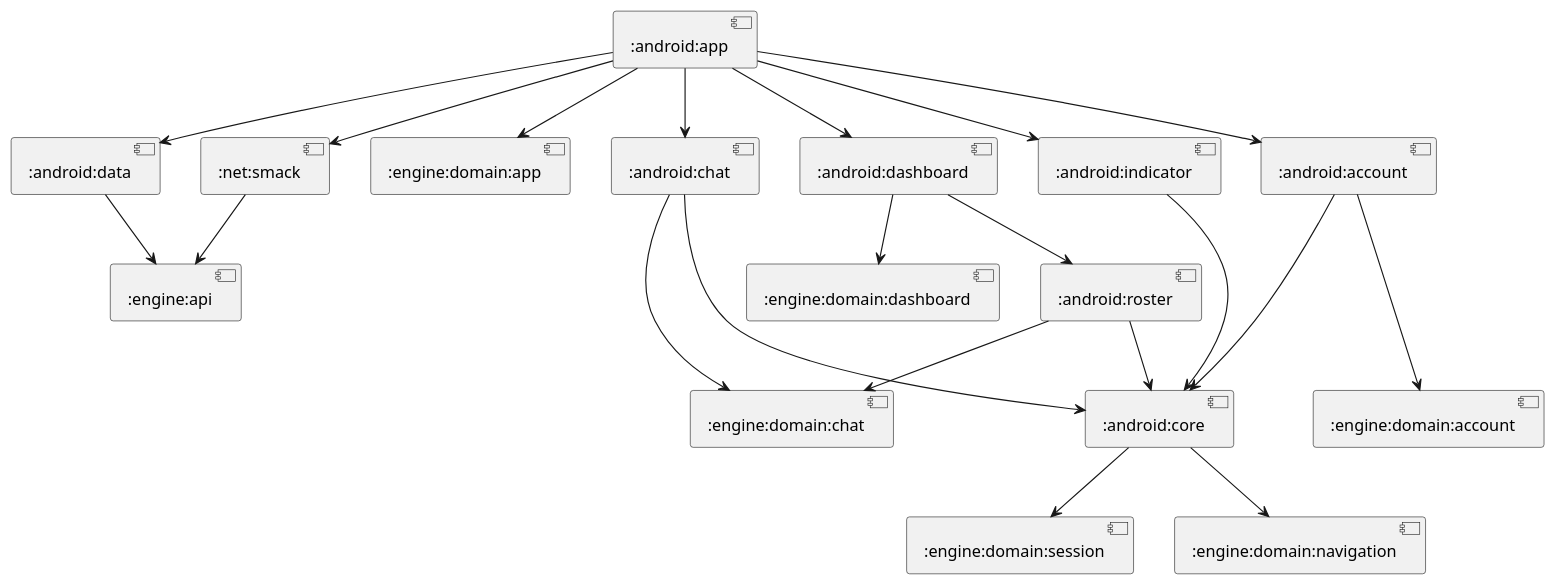
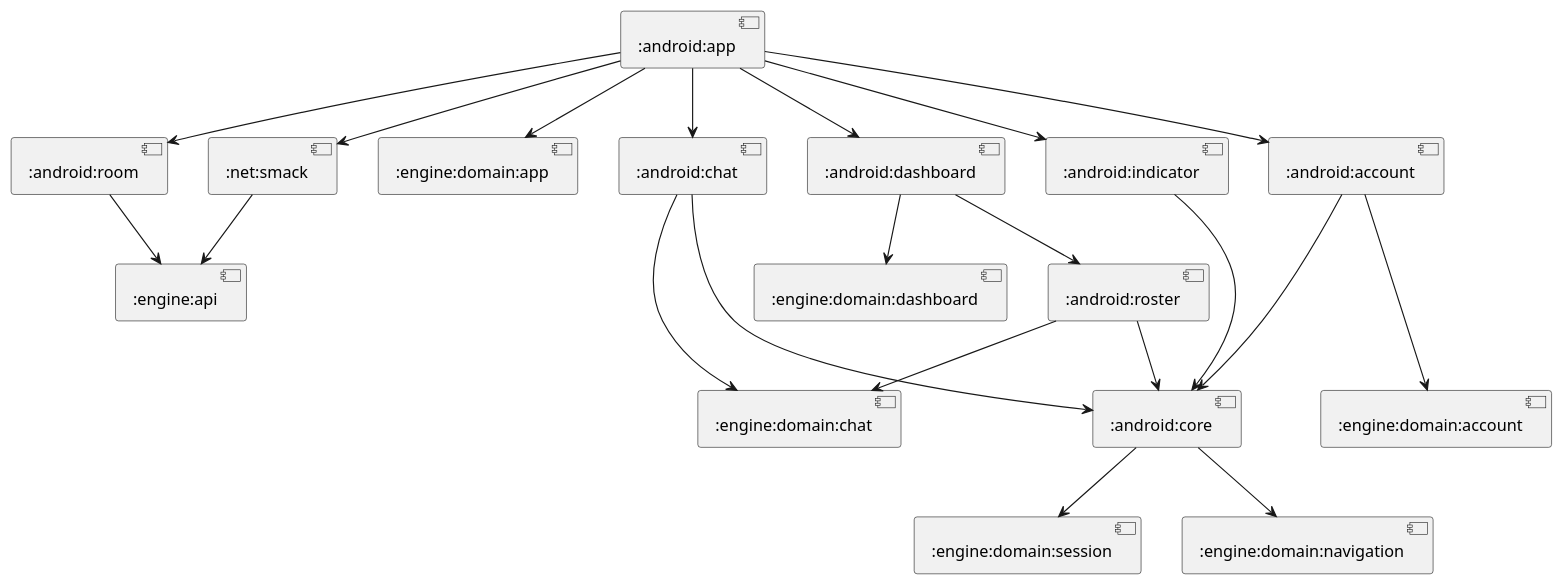
Before and after one commit to cryptopunkscc/crypton: the diagram in android/components.puml, drawn with PlantUML. The commit also changed 32 other files, not shown here.

First line of the commit message:
Rename :android:data to :android:room

```diff
--- a/android/components.puml
+++ b/android/components.puml
@@ -1,34 +1,34 @@
 @startuml
 
 [:net:smack] --> [:engine:api]
 
 [:android:app] --> [:engine:domain:app]
 [:android:app] --> [:net:smack]
-[:android:app] --> [:android:data]
+[:android:app] --> [:android:room]
 [:android:app] --> [:android:dashboard]
 [:android:app] --> [:android:chat]
 [:android:app] --> [:android:account]
 [:android:app] --> [:android:indicator]
 
 [:android:account] --> [:android:core]
 [:android:account] ---> [:engine:domain:account]
 
 [:android:chat] ---> [:android:core]
 [:android:chat] --> [:engine:domain:chat]
 
 [:android:dashboard] --> [:android:roster]
 [:android:dashboard] --> [:engine:domain:dashboard]
 
 [:android:roster] --> [:android:core]
 [:android:roster] --> [:engine:domain:chat]
 
 [:android:indicator] ---> [:android:core]
 
 [:android:core] --> [:engine:domain:session]
 [:android:core] --> [:engine:domain:navigation]
 
-[:android:data] --> [:engine:api]
+[:android:room] --> [:engine:api]
 
 
 
 @enduml
```
